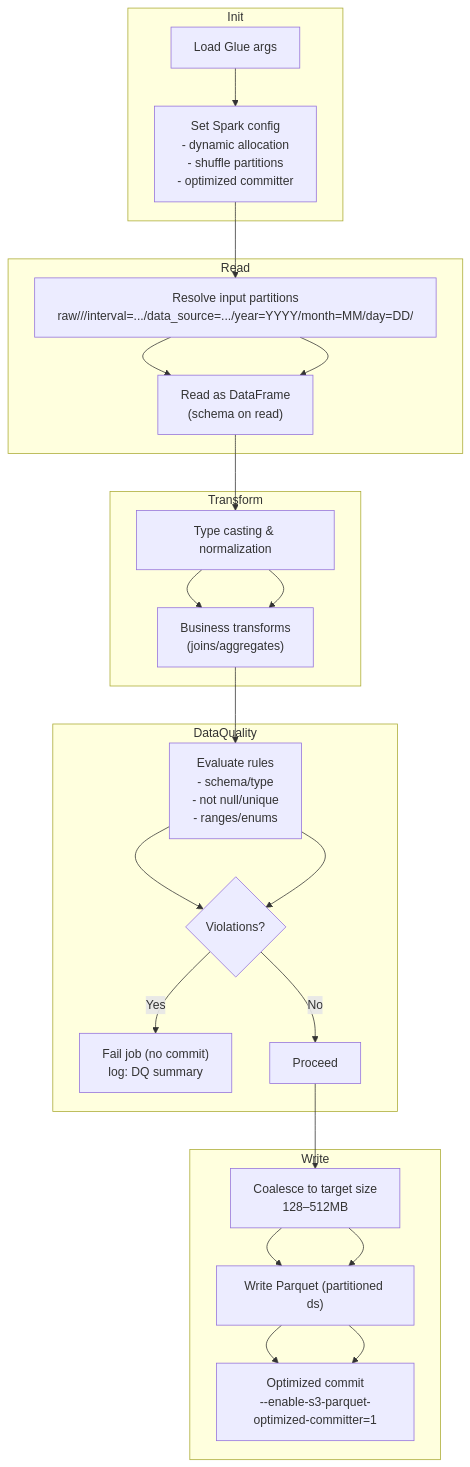
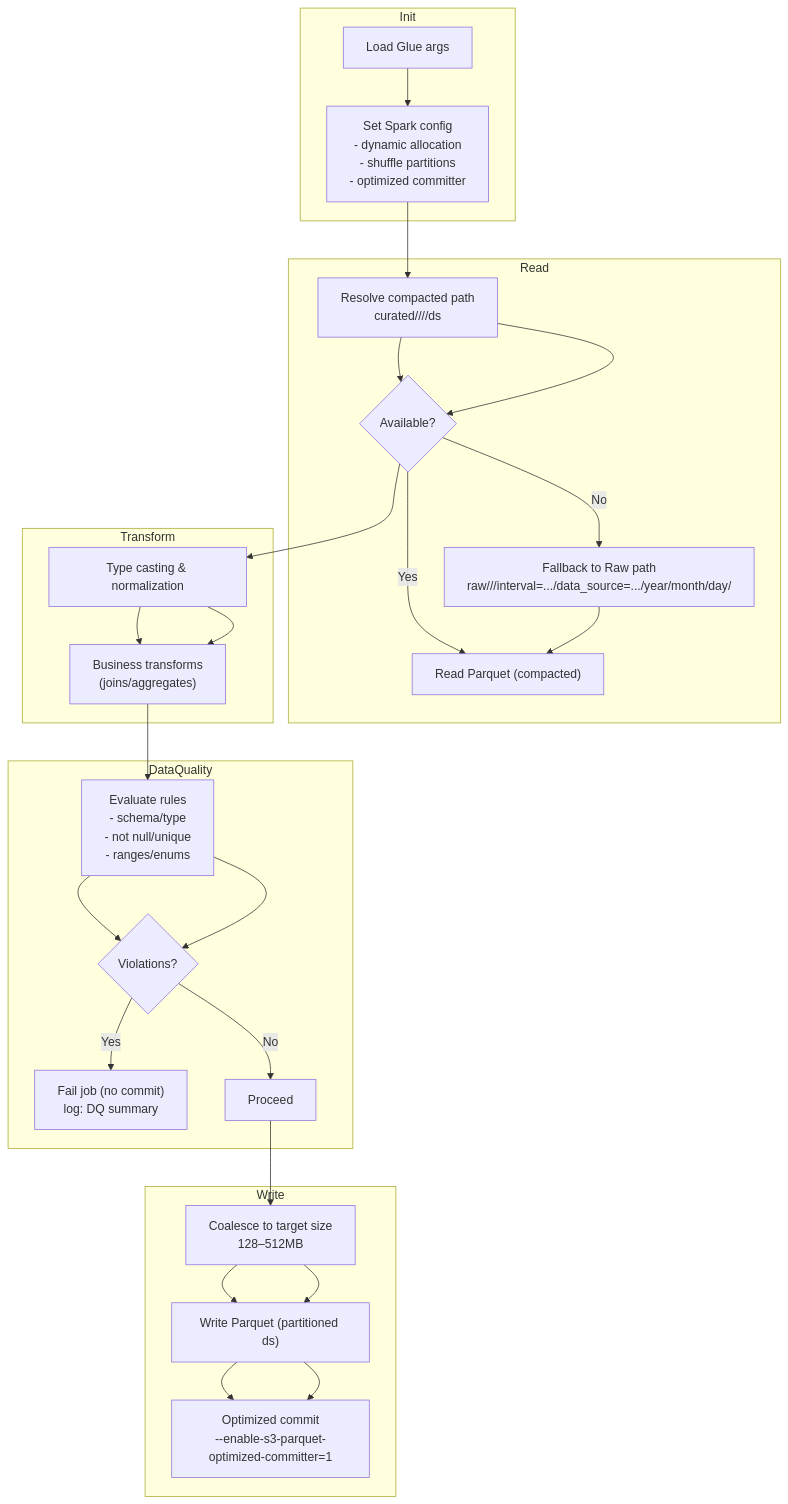
The diagram in docs/diagrams/transform/06-glue-job-internals.md (keemgdeok/fin-forge-pipeline), drawn with Mermaid before and after one commit. The commit also changed other lines of this file and 6 other files, not shown here.

Commit message:
docs(transform): capture compaction workflow in diagrams and specs

````diff
--- a/docs/diagrams/transform/06-glue-job-internals.md
+++ b/docs/diagrams/transform/06-glue-job-internals.md
@@ -3,30 +3,33 @@
 ```mermaid
 flowchart TD
   subgraph Init
     A1["Load Glue args"] --> A2["Set Spark config<br/>- dynamic allocation<br/>- shuffle partitions<br/>- optimized committer"]
   end
 
   subgraph Read
-    R1["Resolve input partitions<br/>raw/<domain>/<table>/interval=.../data_source=.../year=YYYY/month=MM/day=DD/"] --> R2["Read as DataFrame<br/>(schema on read)"]
+    R1["Resolve compacted path<br/>curated/<domain>/<table>/<subdir>/ds"] --> R2{Available?}
+    R2 -->|Yes| R3["Read Parquet (compacted)"]
+    R2 -->|No| R4["Fallback to Raw path<br/>raw/<domain>/<table>/interval=.../data_source=.../year/month/day/"]
+    R4 --> R3
   end
 
   subgraph Transform
     T1["Type casting & normalization"] --> T2["Business transforms<br/>(joins/aggregates)"]
   end
 
   subgraph DataQuality
     DQ1["Evaluate rules<br/>- schema/type<br/>- not null/unique<br/>- ranges/enums"] --> DQ2{Violations?}
     DQ2 -->|Yes| DQF["Fail job (no commit)<br/>log: DQ summary"]
     DQ2 -->|No| DQP["Proceed"]
   end
 
   subgraph Write
     W1["Coalesce to target size<br/>128–512MB"] --> W2["Write Parquet (partitioned ds)"]
     W2 --> W3["Optimized commit<br/>--enable-s3-parquet-optimized-committer=1"]
   end
 
   A2 --> R1 --> R2 --> T1 --> T2 --> DQ1 --> DQ2
   DQP --> W1 --> W2 --> W3
 
   classDef note fill:#eef7ff,stroke:#3d7ea6,color:#244a5b;
 ```
````
